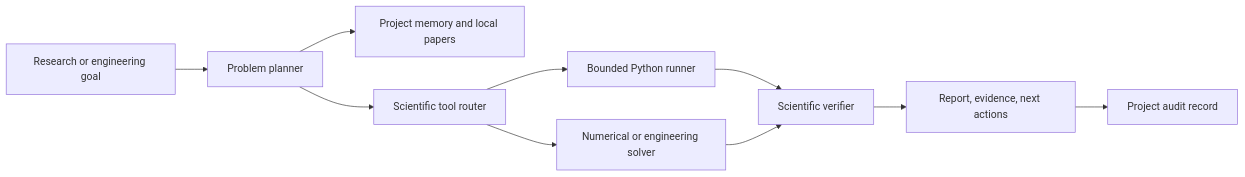
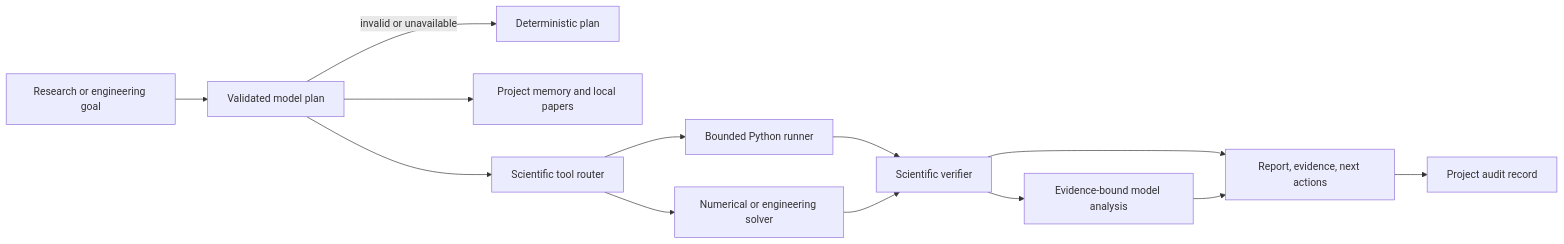
One commit to awais-akhtar/OpenAgent changed the diagram in docs/science/SCIENTIFIC_AGENTS.md. Above: the diagram before and after it, drawn with Mermaid. The commit also changed other lines of this file and 93 other files, not shown here.

````diff
--- a/docs/science/SCIENTIFIC_AGENTS.md
+++ b/docs/science/SCIENTIFIC_AGENTS.md
@@ -10,12 +10,15 @@
 ```mermaid
 flowchart LR
-  Goal[Research or engineering goal] --> Plan[Problem planner]
+  Goal[Research or engineering goal] --> Plan[Validated model plan]
+  Plan -->|invalid or unavailable| Fallback[Deterministic plan]
   Plan --> Context[Project memory and local papers]
   Plan --> Tools[Scientific tool router]
   Tools --> Code[Bounded Python runner]
   Tools --> Solver[Numerical or engineering solver]
   Code --> Verify[Scientific verifier]
   Solver --> Verify
   Verify --> Report[Report, evidence, next actions]
+  Verify --> Analysis[Evidence-bound model analysis]
+  Analysis --> Report
   Report --> Audit[Project audit record]
 ```
````
